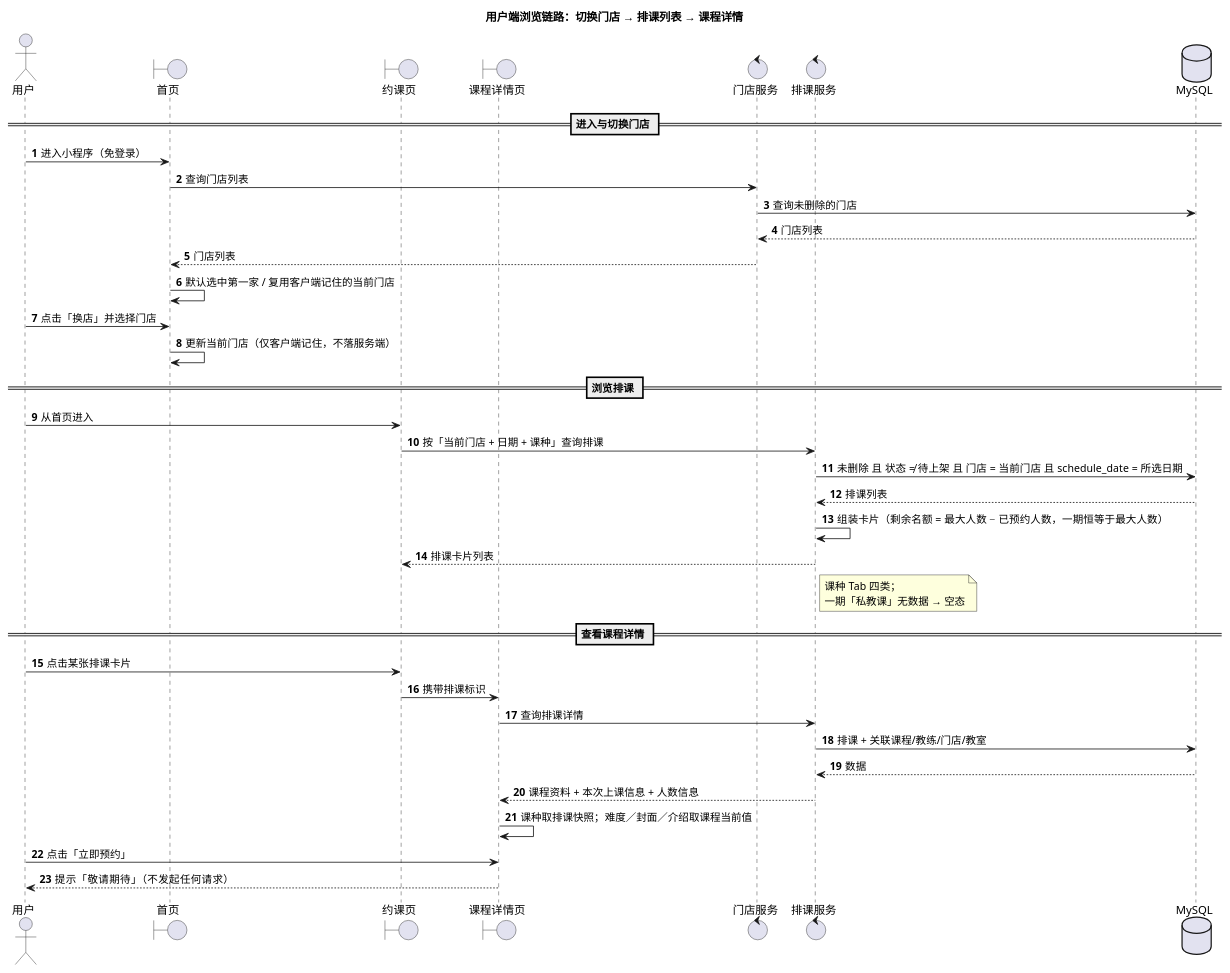
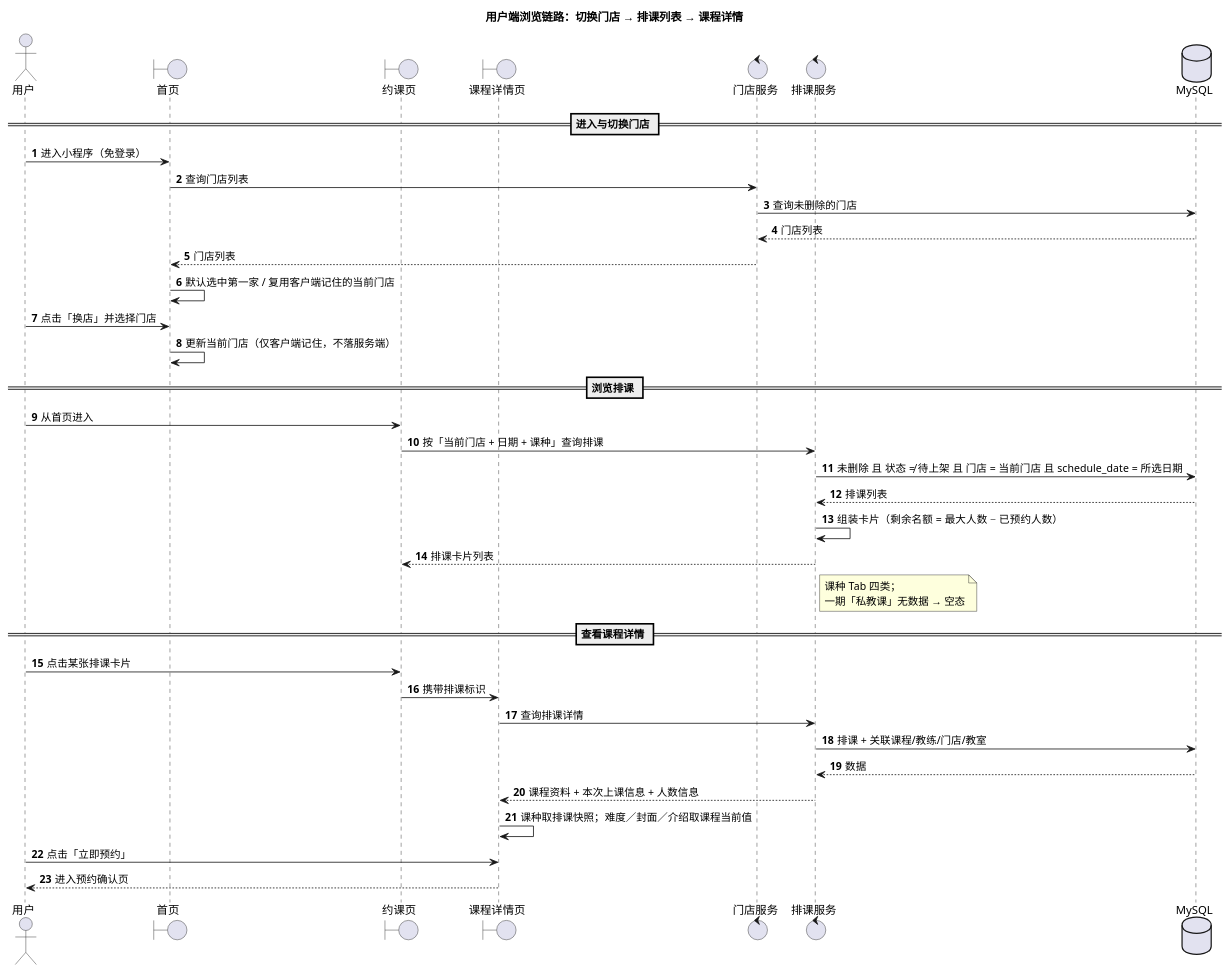
The second of 5 diagrams in docs/概要设计/概要设计.md (duo2530/techplant-yoga), drawn with PlantUML before and after one commit. The commit also changed other lines of this file and 4 other files, not shown here.

````diff
--- a/docs/概要设计/概要设计.md
+++ b/docs/概要设计/概要设计.md
@@ -155,47 +152,47 @@
 ```plantuml
 @startuml
 title 用户端浏览链路：切换门店 → 排课列表 → 课程详情
 autonumber
 actor 用户
 boundary 首页
 boundary 约课页
 boundary 课程详情页
 control 门店服务
 control 排课服务
 database MySQL
 
 == 进入与切换门店 ==
 用户 -> 首页 : 进入小程序（免登录）
 首页 -> 门店服务 : 查询门店列表
 门店服务 -> MySQL : 查询未删除的门店
 MySQL --> 门店服务 : 门店列表
 门店服务 --> 首页 : 门店列表
 首页 -> 首页 : 默认选中第一家 / 复用客户端记住的当前门店
 用户 -> 首页 : 点击「换店」并选择门店
 首页 -> 首页 : 更新当前门店（仅客户端记住，不落服务端）
 
 == 浏览排课 ==
 用户 -> 约课页 : 从首页进入
 约课页 -> 排课服务 : 按「当前门店 + 日期 + 课种」查询排课
 排课服务 -> MySQL : 未删除 且 状态 ≠ 待上架 且 门店 = 当前门店 且 schedule_date = 所选日期
 MySQL --> 排课服务 : 排课列表
-排课服务 -> 排课服务 : 组装卡片（剩余名额 = 最大人数 − 已预约人数，一期恒等于最大人数）
+排课服务 -> 排课服务 : 组装卡片（剩余名额 = 最大人数 − 已预约人数）
 排课服务 --> 约课页 : 排课卡片列表
 note right of 排课服务
   课种 Tab 四类；
   一期「私教课」无数据 → 空态
 end note
 
 == 查看课程详情 ==
 用户 -> 约课页 : 点击某张排课卡片
 约课页 -> 课程详情页 : 携带排课标识
 课程详情页 -> 排课服务 : 查询排课详情
 排课服务 -> MySQL : 排课 + 关联课程/教练/门店/教室
 MySQL --> 排课服务 : 数据
 排课服务 --> 课程详情页 : 课程资料 + 本次上课信息 + 人数信息
 课程详情页 -> 课程详情页 : 课种取排课快照；难度／封面／介绍取课程当前值
 用户 -> 课程详情页 : 点击「立即预约」
-课程详情页 --> 用户 : 提示「敬请期待」（不发起任何请求）
+课程详情页 --> 用户 : 进入预约确认页
 
 @enduml
 ```
````
